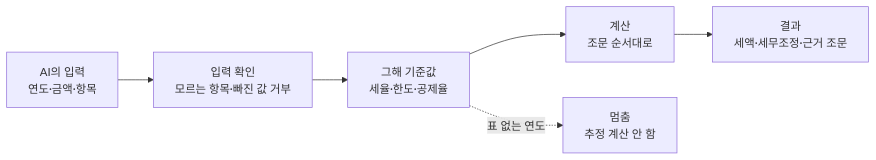
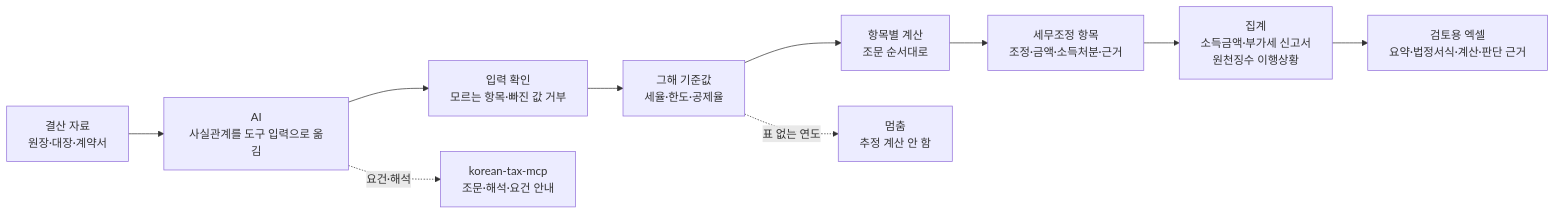
The first of 2 diagrams in README.md (UpstageAI/korean-tax-calc-mcp), drawn with Mermaid before and after one commit. The commit also changed other lines of this file and 4 other files, not shown here.

````diff
--- a/README.md
+++ b/README.md
@@ -21,8 +21,12 @@
 ```mermaid
 flowchart LR
-  Q["AI의 입력<br/>연도·금액·항목"] --> V["입력 확인<br/>모르는 항목·빠진 값 거부"]
+  D["결산 자료<br/>원장·대장·계약서"] --> M["AI<br/>사실관계를 도구 입력으로 옮김"]
+  M --> V["입력 확인<br/>모르는 항목·빠진 값 거부"]
   V --> T["그해 기준값<br/>세율·한도·공제율"]
-  T --> E["계산<br/>조문 순서대로"]
-  E --> R["결과<br/>세액·세무조정·근거 조문"]
-  T -.->|표 없는 연도| X["멈춤<br/>추정 계산 안 함"]
+  T --> E["항목별 계산<br/>조문 순서대로"]
+  E --> A["세무조정 항목<br/>조정·금액·소득처분·근거"]
+  A --> S["집계<br/>소득금액·부가세 신고서<br/>원천징수 이행상황"]
+  S --> X["검토용 엑셀<br/>요약·법정서식·계산·판단 근거"]
+  T -.->|표 없는 연도| N["멈춤<br/>추정 계산 안 함"]
+  M -.->|요건·해석| K["korean-tax-mcp<br/>조문·해석·요건 안내"]
 ```
````
